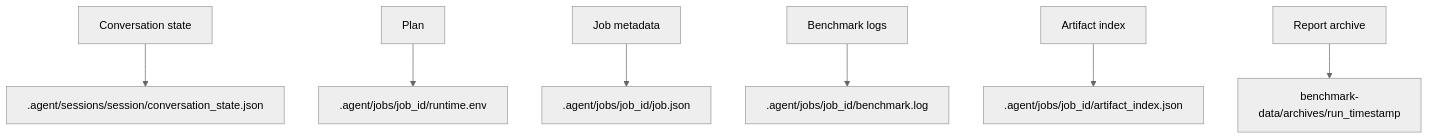
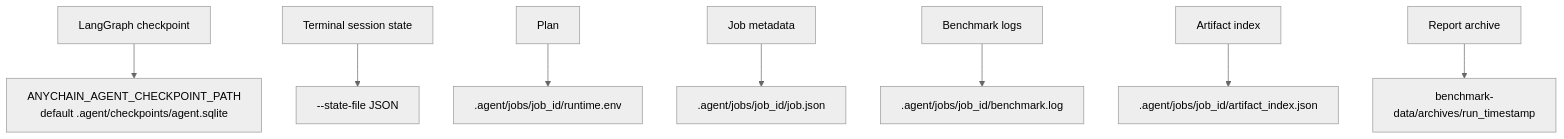
One commit to StayHungryStayFoolish/AnyChainBenchmarkAgent changed the third of 3 diagrams in docs/zh/adk-agent-architecture.md. Above: the diagram before and after it, drawn with Mermaid (neutral theme). The commit also changed other lines of this file and 96 other files, not shown here.

````diff
--- a/docs/zh/adk-agent-architecture.md
+++ b/docs/zh/adk-agent-architecture.md
@@ -96,9 +85,10 @@
 ```mermaid
 flowchart TD
-  C["Conversation state"] --> S[".agent/sessions/session/conversation_state.json"]
+  C["LangGraph checkpoint"] --> S["ANYCHAIN_AGENT_CHECKPOINT_PATH<br/>default .agent/checkpoints/agent.sqlite"]
+  T["Terminal session state"] --> TS["--state-file JSON"]
   P["Plan"] --> E[".agent/jobs/job_id/runtime.env"]
   J["Job metadata"] --> M[".agent/jobs/job_id/job.json"]
   L["Benchmark logs"] --> LOG[".agent/jobs/job_id/benchmark.log"]
   A["Artifact index"] --> IDX[".agent/jobs/job_id/artifact_index.json"]
   R["Report archive"] --> REP["benchmark-data/archives/run_timestamp"]
 ```
````
